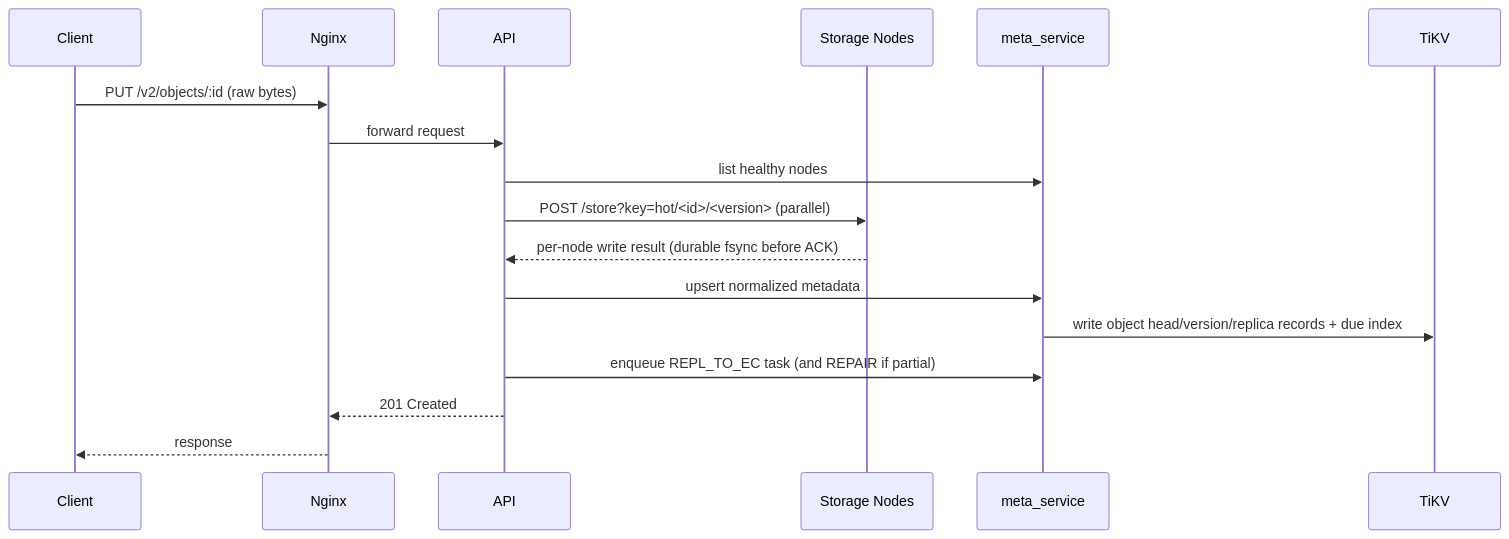
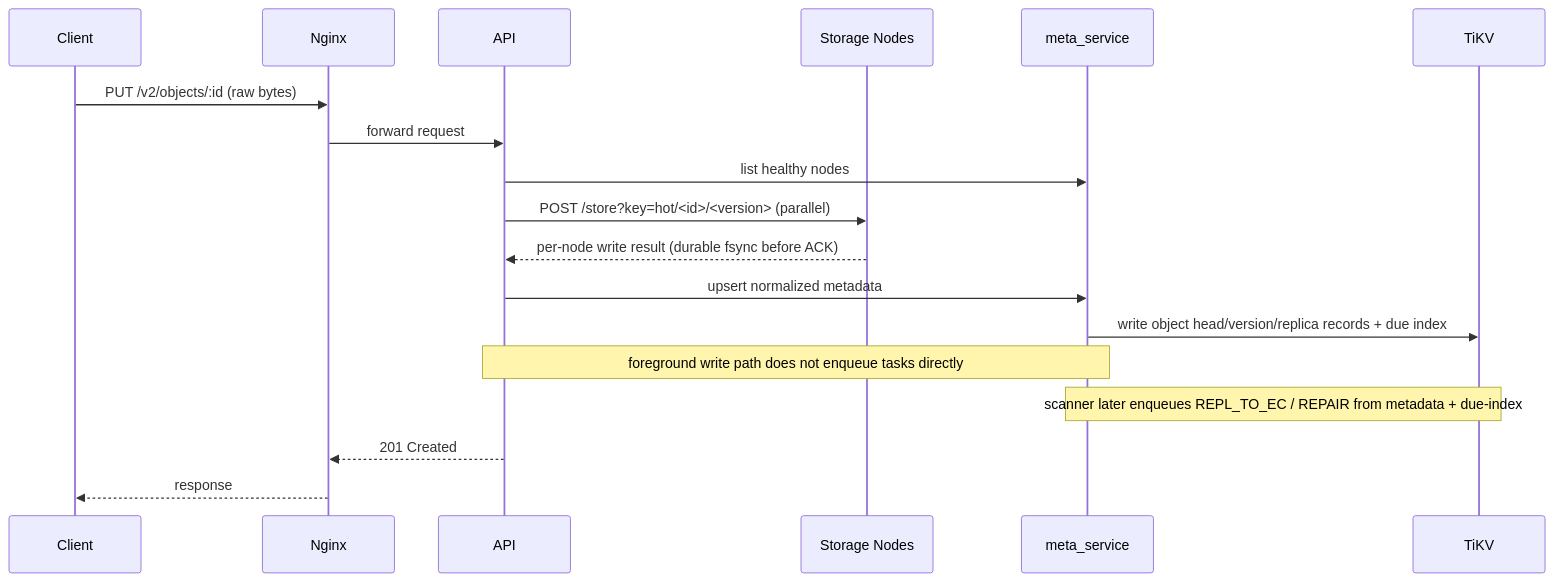
The first of 2 diagrams in docs/explanation/put-get-delete-and-task-lifecycles.md (F64116045/Load-Aware-Tiered-Distributed-Object-Storage), drawn with Mermaid before and after one commit. The commit also changed other lines of this file and 6 other files, not shown here.

Commit message:
docs: align scanner-driven enqueue lifecycle docs

````diff
--- a/docs/explanation/put-get-delete-and-task-lifecycles.md
+++ b/docs/explanation/put-get-delete-and-task-lifecycles.md
@@ -20,20 +20,21 @@
 ```mermaid
 sequenceDiagram
   participant C as Client
   participant N as Nginx
   participant A as API
   participant S as Storage Nodes
   participant M as meta_service
   participant T as TiKV
 
   C->>N: PUT /v2/objects/:id (raw bytes)
   N->>A: forward request
   A->>M: list healthy nodes
   A->>S: POST /store?key=hot/<id>/<version> (parallel)
   S-->>A: per-node write result (durable fsync before ACK)
   A->>M: upsert normalized metadata
   M->>T: write object head/version/replica records + due index
-  A->>M: enqueue REPL_TO_EC task (and REPAIR if partial)
+  Note over A,M: foreground write path does not enqueue tasks directly
+  Note over M,T: scanner later enqueues REPL_TO_EC / REPAIR from metadata + due-index
   A-->>N: 201 Created
   N-->>C: response
 ```
````
